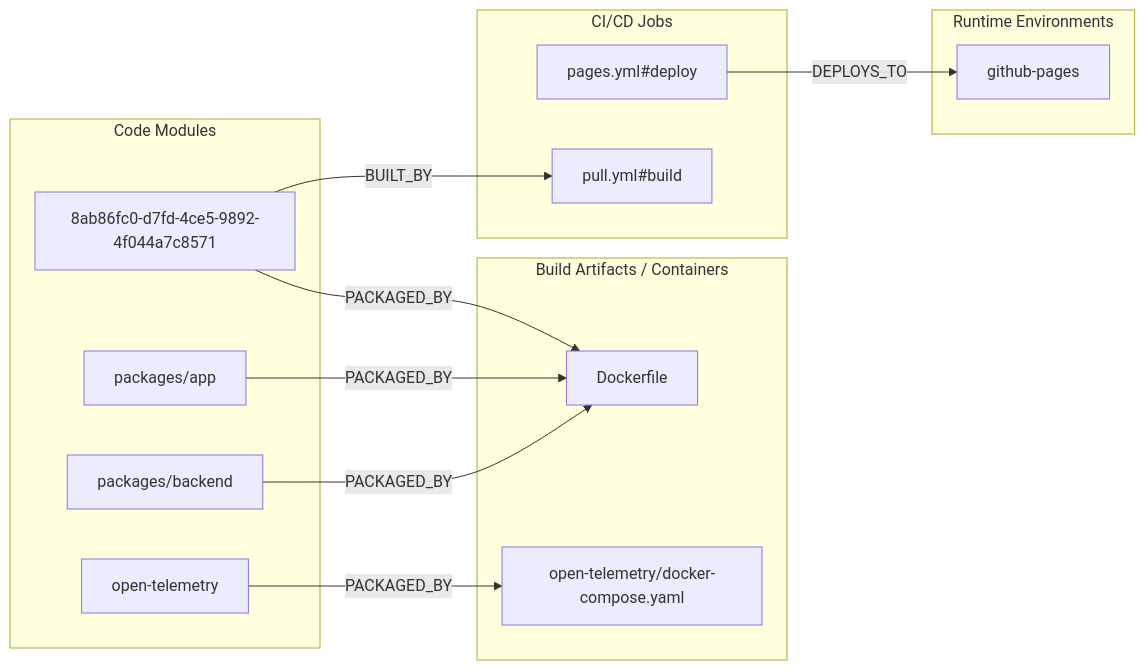
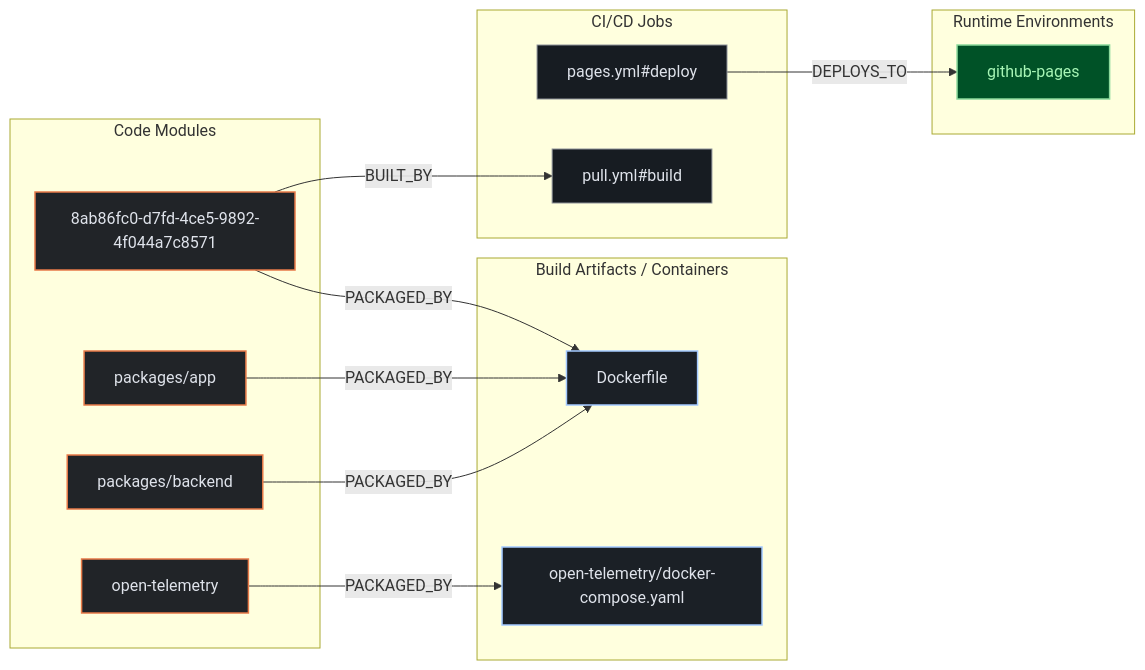
Before and after one commit to kumarshaz/atruss-code-atlas: the second of 3 diagrams in exports/latest/reports/backstage-demo-report.md, drawn with Mermaid. The commit also changed other lines of this file and 331 other files, not shown here.

Commit message:
docs,ui,fix: update SDLC docs, reorder CI/CD DAG first, stylize Mermaid, and fix Arc42 pipeline topology

````diff
--- a/exports/latest/reports/backstage-demo-report.md
+++ b/exports/latest/reports/backstage-demo-report.md
@@ -157,26 +164,30 @@
 ```mermaid
 flowchart LR
+    classDef atlasCategory fill:#212428,stroke:#E87A48,stroke-width:1.5px,color:#dfe3eb
+    classDef atlasWorkflow fill:#1b2026,stroke:#a3c9ff,stroke-width:1.5px,color:#dfe3eb
+    classDef atlasJob fill:#171c22,stroke:#8d9199,stroke-width:1px,color:#dfe3eb
+    classDef atlasTarget fill:#005227,stroke:#8bd99b,stroke-width:1.5px,color:#a7f6b6
     subgraph code_modules["Code Modules"]
-        mod_8ab86fc0_d7fd_4ce5_9892_4f044a7c8571["8ab86fc0-d7fd-4ce5-9892-4f044a7c8571"]
-        mod_open_telemetry["open-telemetry"]
-        mod_packages_app["packages/app"]
-        mod_packages_backend["packages/backend"]
+        mod_8ab86fc0_d7fd_4ce5_9892_4f044a7c8571["8ab86fc0-d7fd-4ce5-9892-4f044a7c8571"]:::atlasCategory
+        mod_open_telemetry["open-telemetry"]:::atlasCategory
+        mod_packages_app["packages/app"]:::atlasCategory
+        mod_packages_backend["packages/backend"]:::atlasCategory
     end
     subgraph build_artifacts["Build Artifacts / Containers"]
-        art_Dockerfile["Dockerfile"]
-        art_open_telemetry_docker_compose_yaml["open-telemetry/docker-compose.yaml"]
+        art_Dockerfile["Dockerfile"]:::atlasWorkflow
+        art_open_telemetry_docker_compose_yaml["open-telemetry/docker-compose.yaml"]:::atlasWorkflow
     end
     subgraph ci_jobs["CI/CD Jobs"]
-        job_pages_yml_deploy["pages.yml#deploy"]
-        job_pull_yml_build["pull.yml#build"]
+        job_pages_yml_deploy["pages.yml#deploy"]:::atlasJob
+        job_pull_yml_build["pull.yml#build"]:::atlasJob
     end
     subgraph runtime_envs["Runtime Environments"]
-        env_github_pages["github-pages"]
+        env_github_pages["github-pages"]:::atlasTarget
     end
     job_pages_yml_deploy -->|DEPLOYS_TO| env_github_pages
     mod_8ab86fc0_d7fd_4ce5_9892_4f044a7c8571 -->|BUILT_BY| job_pull_yml_build
     mod_8ab86fc0_d7fd_4ce5_9892_4f044a7c8571 -->|PACKAGED_BY| art_Dockerfile
     mod_open_telemetry -->|PACKAGED_BY| art_open_telemetry_docker_compose_yaml
     mod_packages_app -->|PACKAGED_BY| art_Dockerfile
     mod_packages_backend -->|PACKAGED_BY| art_Dockerfile
 ```
````
